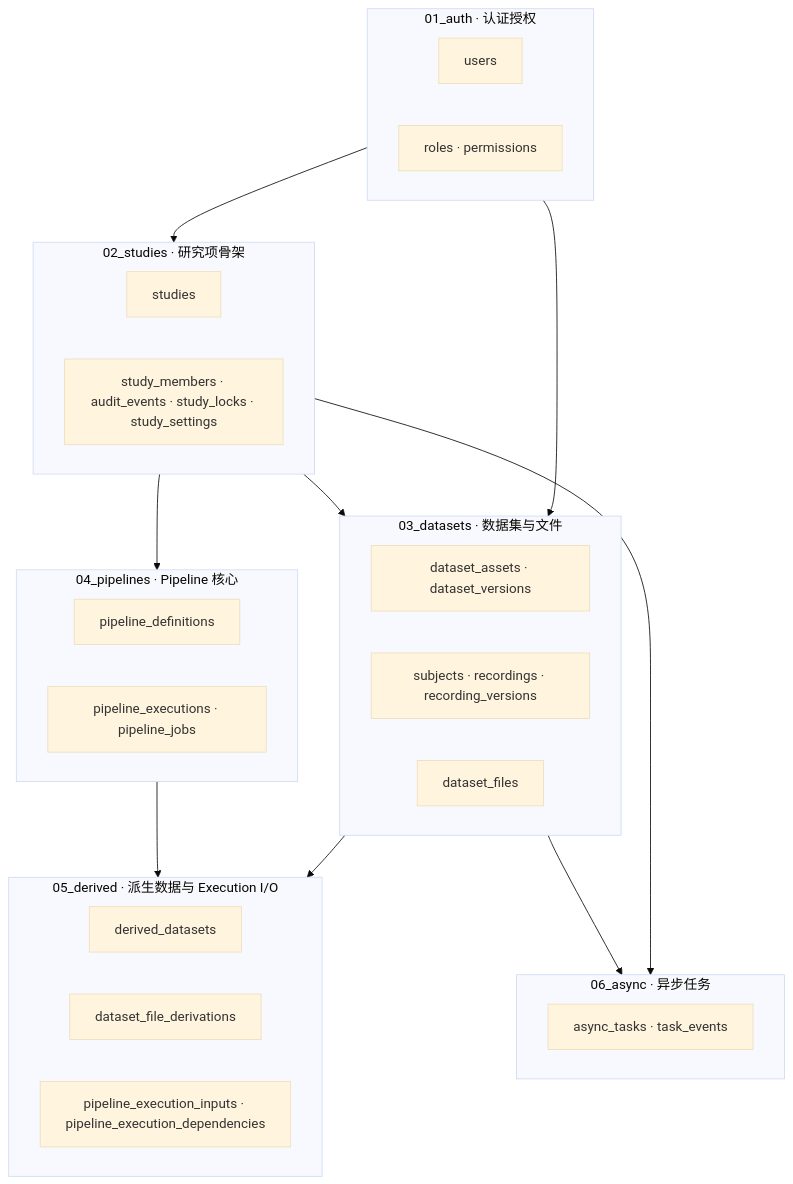
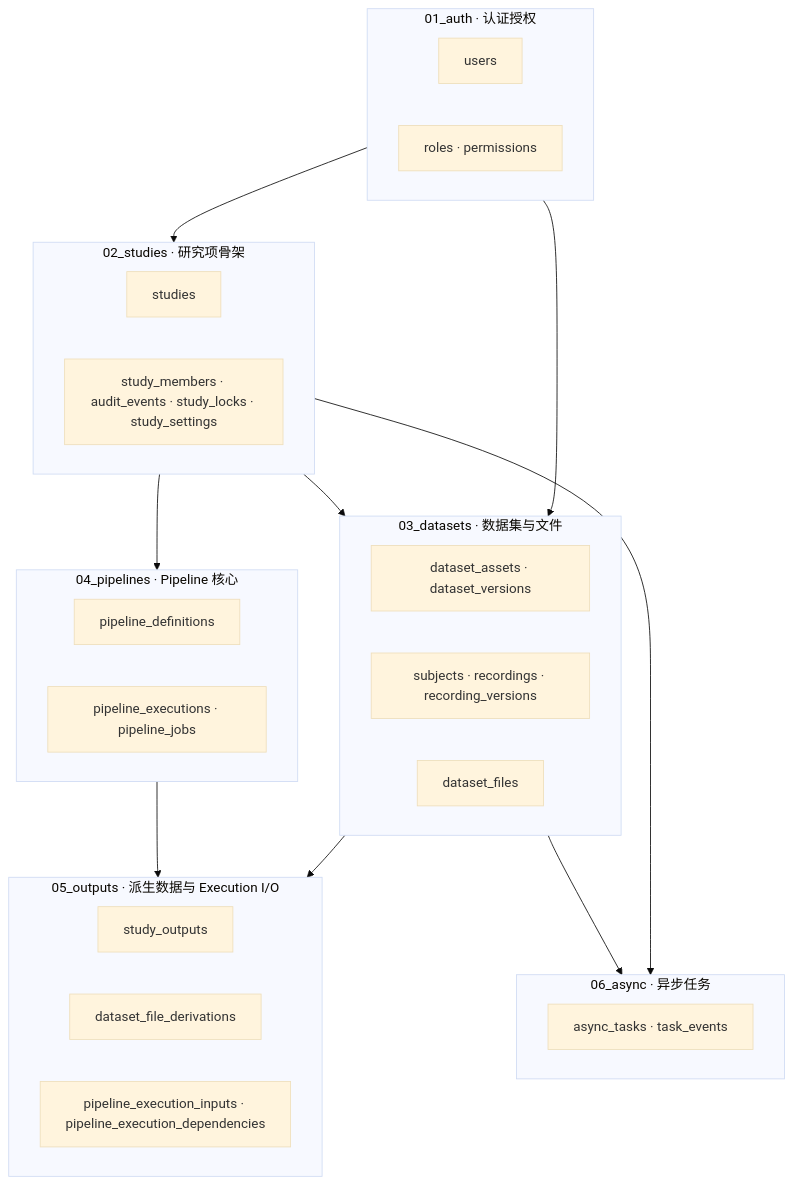
Before and after one commit to NoraJinxy/Niantong_GH_version: the diagram in wiki/docs/3-05-数据库模块与功能关联.md, drawn with Mermaid (base theme). The commit also changed other lines of this file and 39 other files, not shown here.

First line of the commit message:
docs(retention): wiki 收尾 — 批量改名 derived_dataset→输出/StudyOutput + 3-45 概念页重写

````diff
--- a/wiki/docs/3-05-数据库模块与功能关联.md
+++ b/wiki/docs/3-05-数据库模块与功能关联.md
@@ -22,42 +22,42 @@
 ```mermaid
 flowchart TB
   subgraph M1["01_auth · 认证授权"]
     users["users"]
     roles["roles · permissions"]
   end
 
   subgraph M2["02_studies · 研究项骨架"]
     studies["studies"]
     members["study_members · audit_events · study_locks · study_settings"]
   end
 
   subgraph M3["03_datasets · 数据集与文件"]
     assets["dataset_assets · dataset_versions"]
     recordings["subjects · recordings · recording_versions"]
     files["dataset_files"]
   end
 
   subgraph M4["04_pipelines · Pipeline 核心"]
     defs["pipeline_definitions"]
     runs["pipeline_executions · pipeline_jobs"]
   end
 
-  subgraph M5["05_derived · 派生数据与 Execution I/O"]
-    derived["derived_datasets"]
+  subgraph M5["05_outputs · 派生数据与 Execution I/O"]
+    derived["study_outputs"]
     derivations["dataset_file_derivations"]
     io["pipeline_execution_inputs · pipeline_execution_dependencies"]
   end
 
   subgraph M6["06_async · 异步任务"]
     tasks["async_tasks · task_events"]
   end
 
   M1 --> M2
   M1 --> M3
   M2 --> M3
   M2 --> M4
   M2 --> M6
   M3 --> M5
   M4 --> M5
   M3 --> M6
 ```
````
